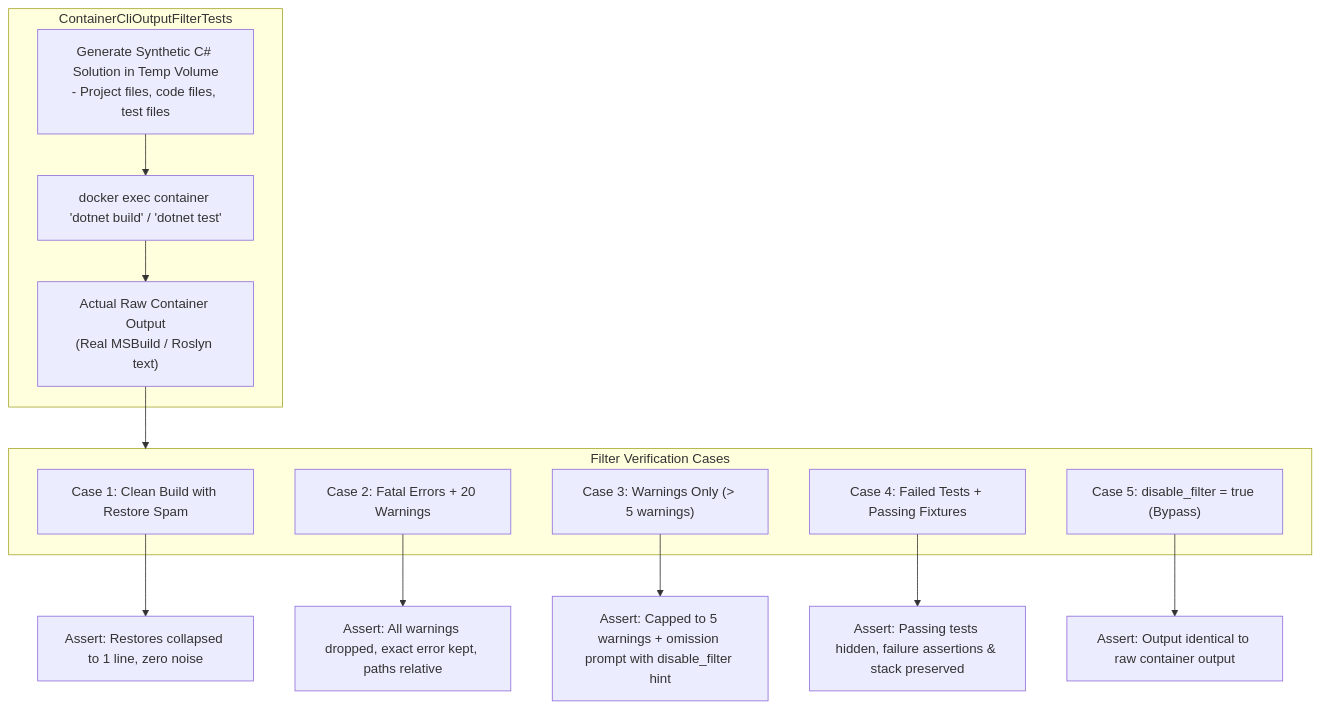
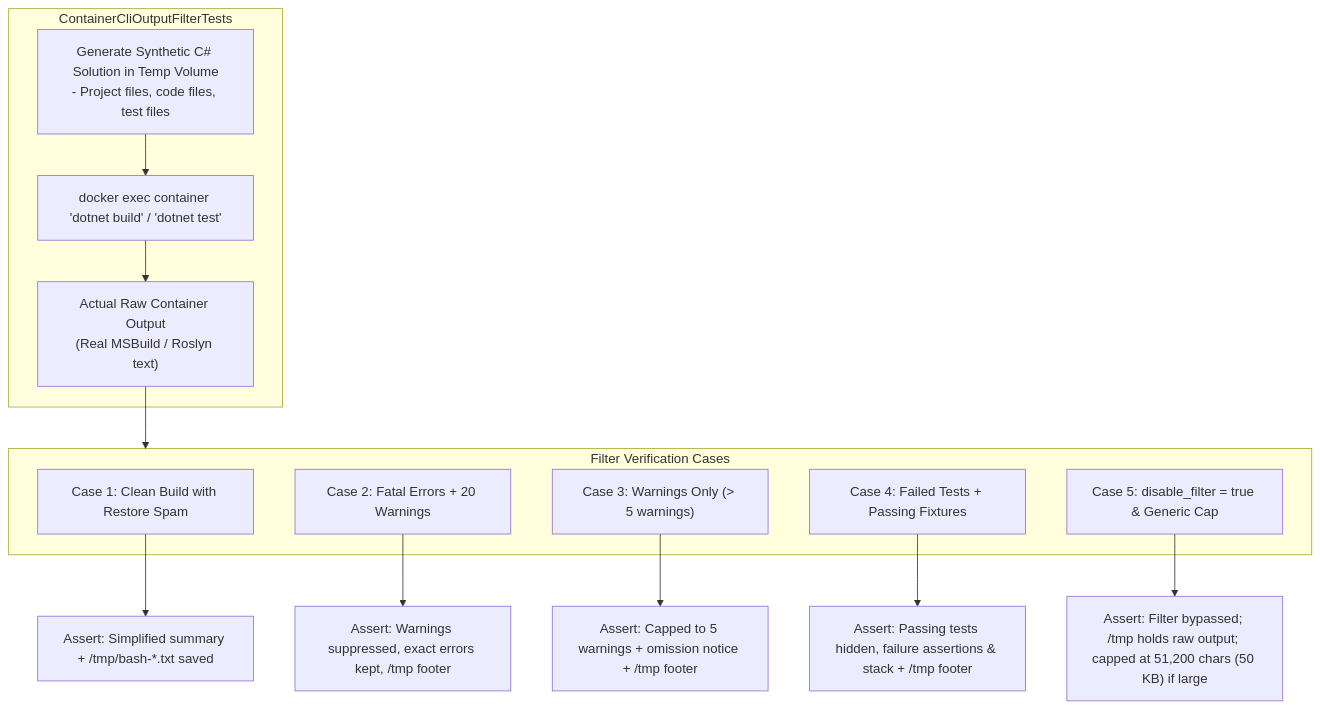
Before and after one commit to jetelain/NightCodeForge: the second of 2 diagrams in docs/features/STEP_12_6_SMART_CLI_AND_BASH_OUTPUT_FILTERING.md, drawn with Mermaid. The commit also changed other lines of this file and 4 other files, not shown here.

````diff
--- a/docs/features/STEP_12_6_SMART_CLI_AND_BASH_OUTPUT_FILTERING.md
+++ b/docs/features/STEP_12_6_SMART_CLI_AND_BASH_OUTPUT_FILTERING.md
@@ -190,23 +253,23 @@
 ```mermaid
 flowchart TD
     subgraph TestHarness ["ContainerCliOutputFilterTests"]
         Setup["Generate Synthetic C# Solution in Temp Volume<br/>- Project files, code files, test files"]
         Exec["docker exec container 'dotnet build' / 'dotnet test'"]
         Raw["Actual Raw Container Output<br/>(Real MSBuild / Roslyn text)"]
     end
 
     subgraph Verification ["Filter Verification Cases"]
         Case1["Case 1: Clean Build with Restore Spam"]
         Case2["Case 2: Fatal Errors + 20 Warnings"]
         Case3["Case 3: Warnings Only (> 5 warnings)"]
         Case4["Case 4: Failed Tests + Passing Fixtures"]
-        Case5["Case 5: disable_filter = true (Bypass)"]
+        Case5["Case 5: disable_filter = true & Generic Cap"]
     end
 
     Setup --> Exec --> Raw --> Verification
-    Case1 --> Assert1["Assert: Restores collapsed to 1 line, zero noise"]
-    Case2 --> Assert2["Assert: All warnings dropped, exact error kept, paths relative"]
-    Case3 --> Assert3["Assert: Capped to 5 warnings + omission prompt with disable_filter hint"]
-    Case4 --> Assert4["Assert: Passing tests hidden, failure assertions & stack preserved"]
-    Case5 --> Assert5["Assert: Output identical to raw container output"]
+    Case1 --> Assert1["Assert: Simplified summary + /tmp/bash-*.txt saved"]
+    Case2 --> Assert2["Assert: Warnings suppressed, exact errors kept, /tmp footer"]
+    Case3 --> Assert3["Assert: Capped to 5 warnings + omission notice + /tmp footer"]
+    Case4 --> Assert4["Assert: Passing tests hidden, failure assertions & stack + /tmp footer"]
+    Case5 --> Assert5["Assert: Filter bypassed; /tmp holds raw output; capped at 51,200 chars (50 KB) if large"]
 ```
````
